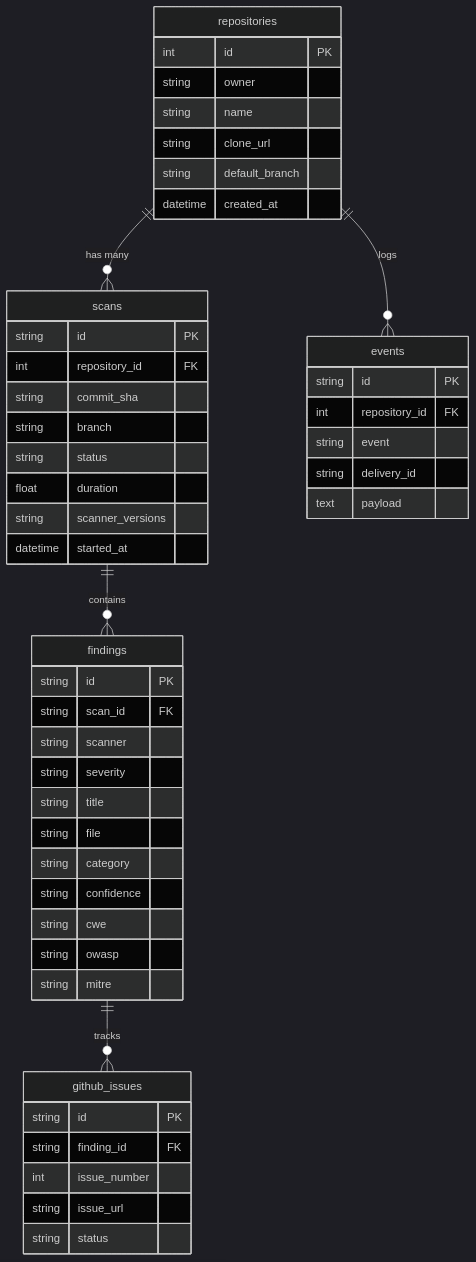
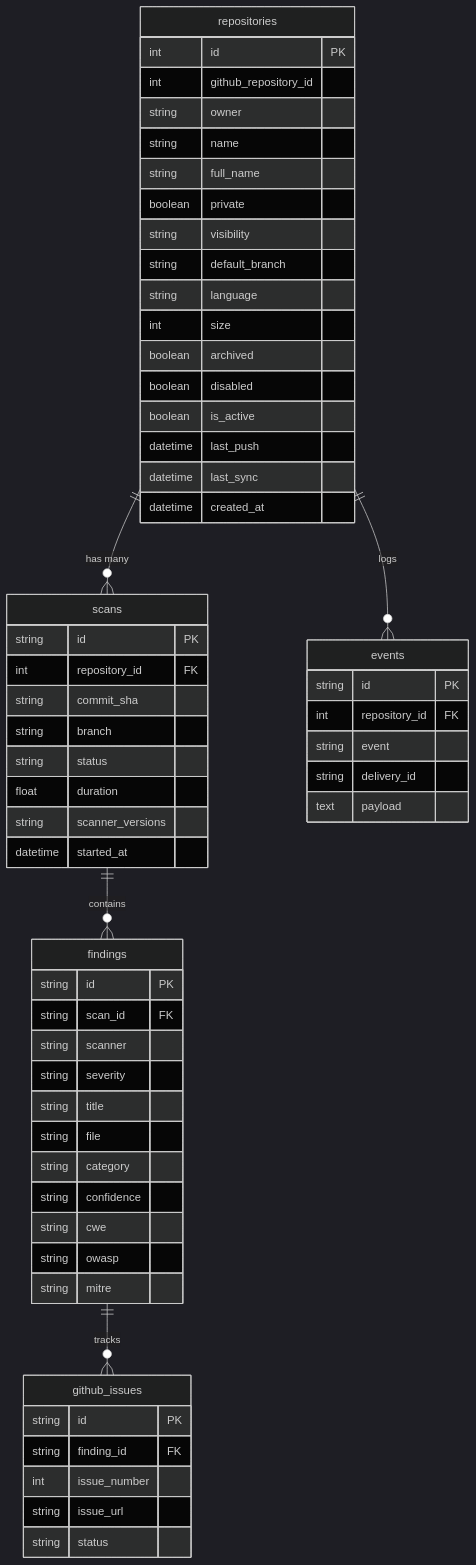
One commit to NATTOMR/secureguard-github-app changed the diagram in README.md. Above: the diagram before and after it, drawn with Mermaid (dark theme). The commit also changed other lines of this file and 13 other files, not shown here.

Commit message:
feat: implement Enterprise Repository Discovery module with sync engine, APIs, and dashboard page

````diff
--- a/README.md
+++ b/README.md
@@ -276,53 +288,63 @@
 ```mermaid
 erDiagram
     repositories ||--o{ scans : "has many"
     repositories ||--o{ events : "logs"
     scans ||--o{ findings : "contains"
     findings ||--o{ github_issues : "tracks"
 
     repositories {
         int id PK
+        int github_repository_id
         string owner
         string name
-        string clone_url
+        string full_name
+        boolean private
+        string visibility
         string default_branch
+        string language
+        int size
+        boolean archived
+        boolean disabled
+        boolean is_active
+        datetime last_push
+        datetime last_sync
         datetime created_at
     }
     scans {
         string id PK
         int repository_id FK
         string commit_sha
         string branch
         string status
         float duration
         string scanner_versions
         datetime started_at
     }
     findings {
         string id PK
         string scan_id FK
         string scanner
         string severity
         string title
         string file
         string category
         string confidence
         string cwe
         string owasp
         string mitre
     }
     events {
         string id PK
         int repository_id FK
         string event
         string delivery_id
         text payload
     }
     github_issues {
         string id PK
         string finding_id FK
         int issue_number
         string issue_url
         string status
     }
 ```
````
